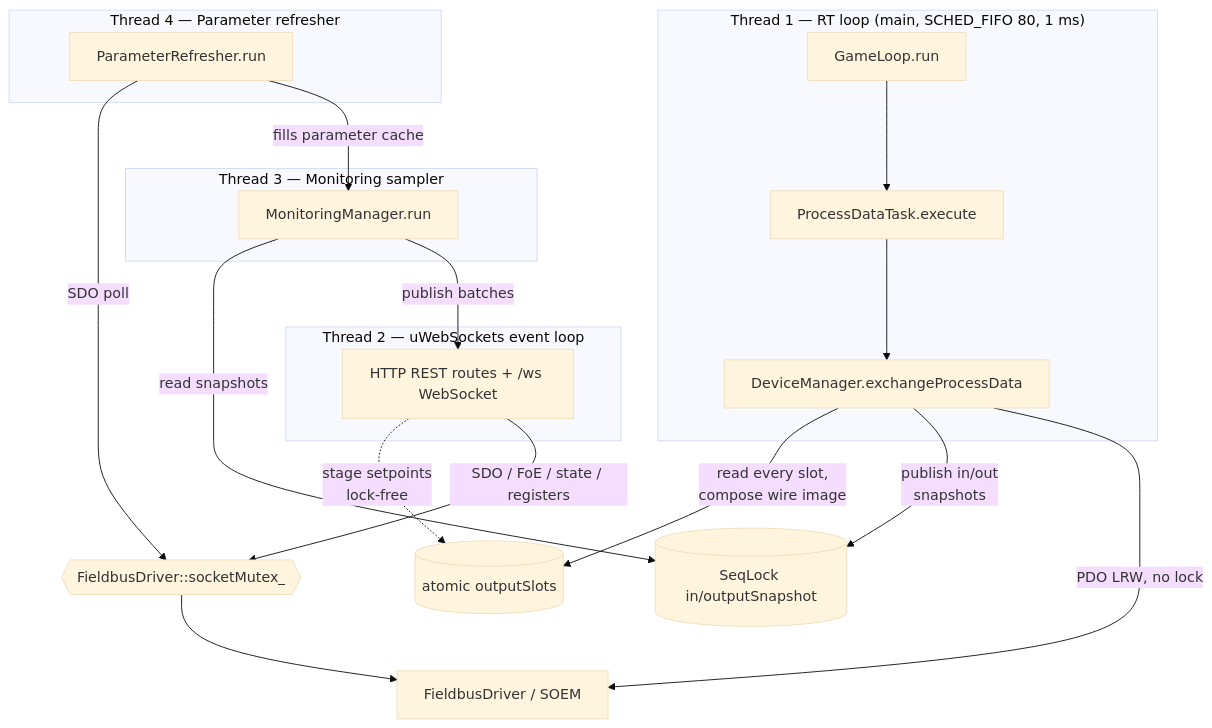
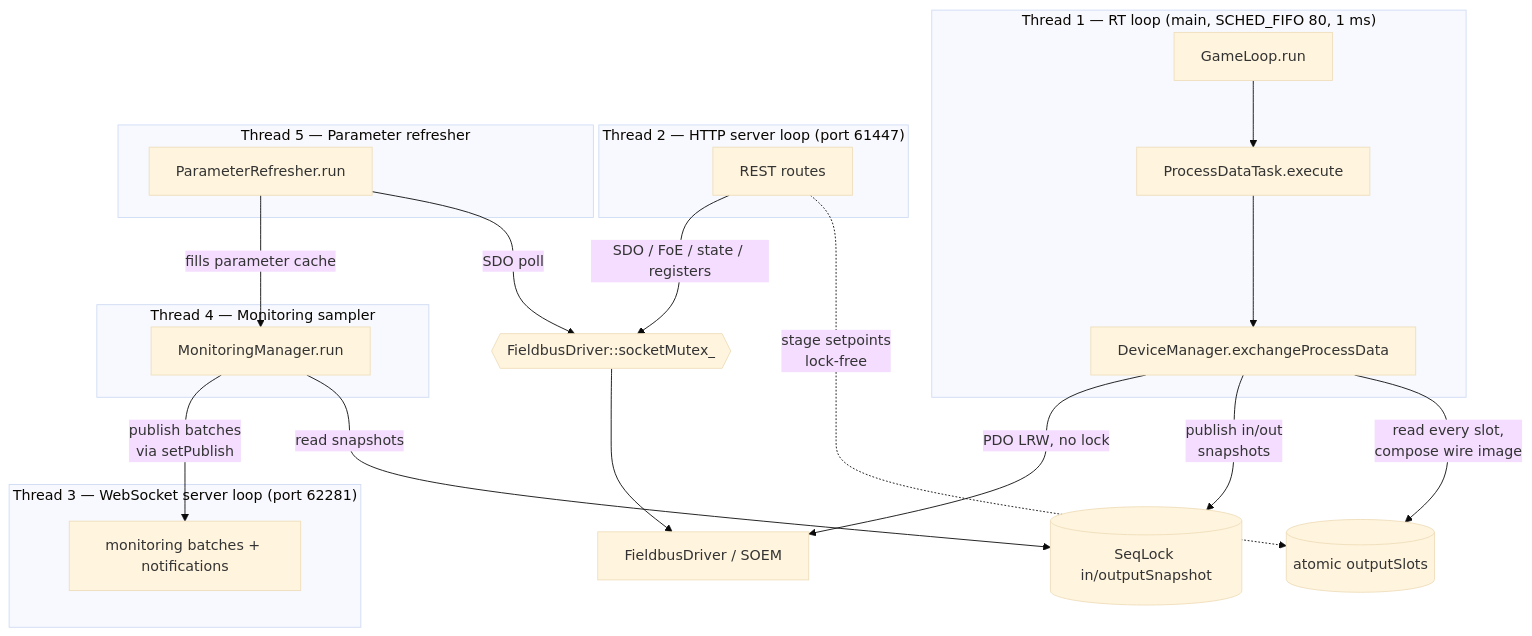
Before and after one commit to synapticon/motion-master: the diagram in docs/THREADS.md, drawn with Mermaid (base theme). The commit also changed other lines of this file and 2 other files, not shown here.

First line of the commit message:
docs: update mermaid class diagram + threading model for two-port split

````diff
--- a/docs/THREADS.md
+++ b/docs/THREADS.md
@@ -14,27 +16,30 @@
 ```mermaid
 flowchart TB
     subgraph RT["Thread 1 — RT loop (main, SCHED_FIFO 80, 1 ms)"]
         GL[GameLoop.run] --> PDT[ProcessDataTask.execute]
         PDT --> EPD[DeviceManager.exchangeProcessData]
     end
-    subgraph SRV["Thread 2 — uWebSockets event loop"]
-        HTTP[HTTP REST routes + /ws WebSocket]
+    subgraph HSRV["Thread 2 — HTTP server loop (port 61447)"]
+        HTTP[REST routes]
     end
-    subgraph SAMP["Thread 3 — Monitoring sampler"]
+    subgraph WSRV["Thread 3 — WebSocket server loop (port 62281)"]
+        WS[monitoring batches + notifications]
+    end
+    subgraph SAMP["Thread 4 — Monitoring sampler"]
         MS[MonitoringManager.run]
     end
-    subgraph REF["Thread 4 — Parameter refresher"]
+    subgraph REF["Thread 5 — Parameter refresher"]
         PR[ParameterRefresher.run]
     end
 
     HTTP -.->|stage setpoints<br/>lock-free| SLOTS[(atomic outputSlots)]
     EPD -->|read every slot,<br/>compose wire image| SLOTS
     EPD -->|publish in/out<br/>snapshots| SEQ[(SeqLock in/outputSnapshot)]
     MS -->|read snapshots| SEQ
     HTTP -->|SDO / FoE / state / registers| SM{{FieldbusDriver::socketMutex_}}
     PR -->|SDO poll| SM
     SM --> DRV[FieldbusDriver / SOEM]
     EPD -->|PDO LRW, no lock| DRV
-    MS -->|publish batches| HTTP
+    MS -->|publish batches<br/>via setPublish| WS
     PR -->|fills parameter cache| MS
 ```
````
